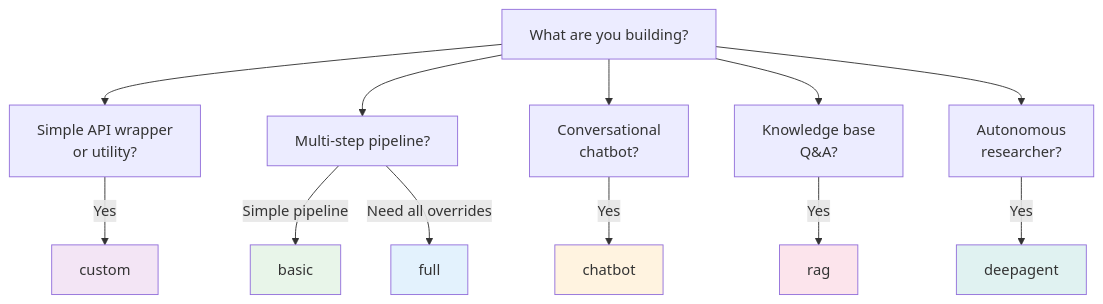
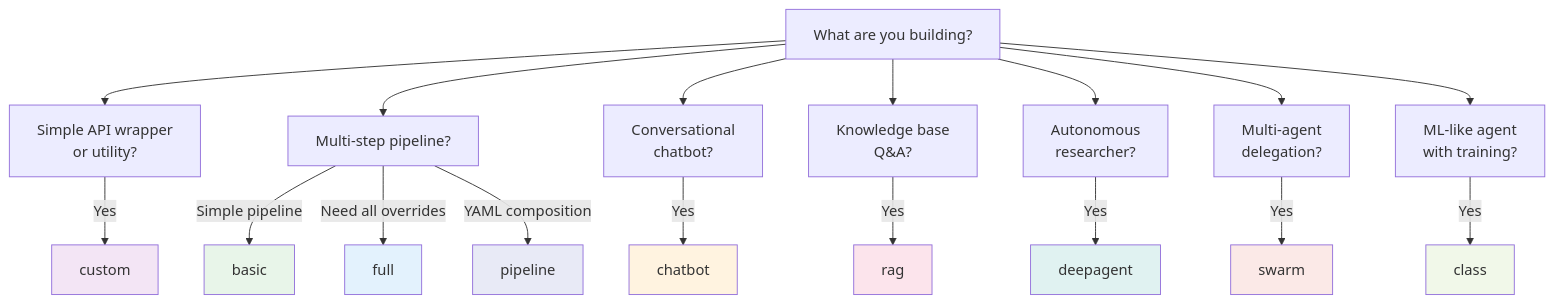
Before and after one commit to UnicoLab/agentomatic: the diagram in docs/guide/templates.md, drawn with Mermaid. The commit also changed other lines of this file and 89 other files, not shown here.

````diff
--- a/docs/guide/templates.md
+++ b/docs/guide/templates.md
@@ -406,22 +745,30 @@
 ```mermaid
 flowchart TD
     A["What are you building?"] --> B["Simple API wrapper<br/>or utility?"]
     A --> C["Multi-step pipeline?"]
     A --> D["Conversational<br/>chatbot?"]
     A --> E["Knowledge base<br/>Q&A?"]
     A --> F["Autonomous<br/>researcher?"]
+    A --> G2["Multi-agent<br/>delegation?"]
+    A --> H2["ML-like agent<br/>with training?"]
 
     B -->|Yes| G["custom"]
     C -->|Simple pipeline| H["basic"]
     C -->|Need all overrides| I["full"]
+    C -->|YAML composition| M["pipeline"]
     D -->|Yes| J["chatbot"]
     E -->|Yes| K["rag"]
     F -->|Yes| L["deepagent"]
+    G2 -->|Yes| N["swarm"]
+    H2 -->|Yes| O["class"]
 
     style G fill:#f3e5f5
     style H fill:#e8f5e9
     style I fill:#e3f2fd
     style J fill:#fff3e0
     style K fill:#fce4ec
     style L fill:#e0f2f1
+    style M fill:#e8eaf6
+    style N fill:#fbe9e7
+    style O fill:#f1f8e9
 ```
````
